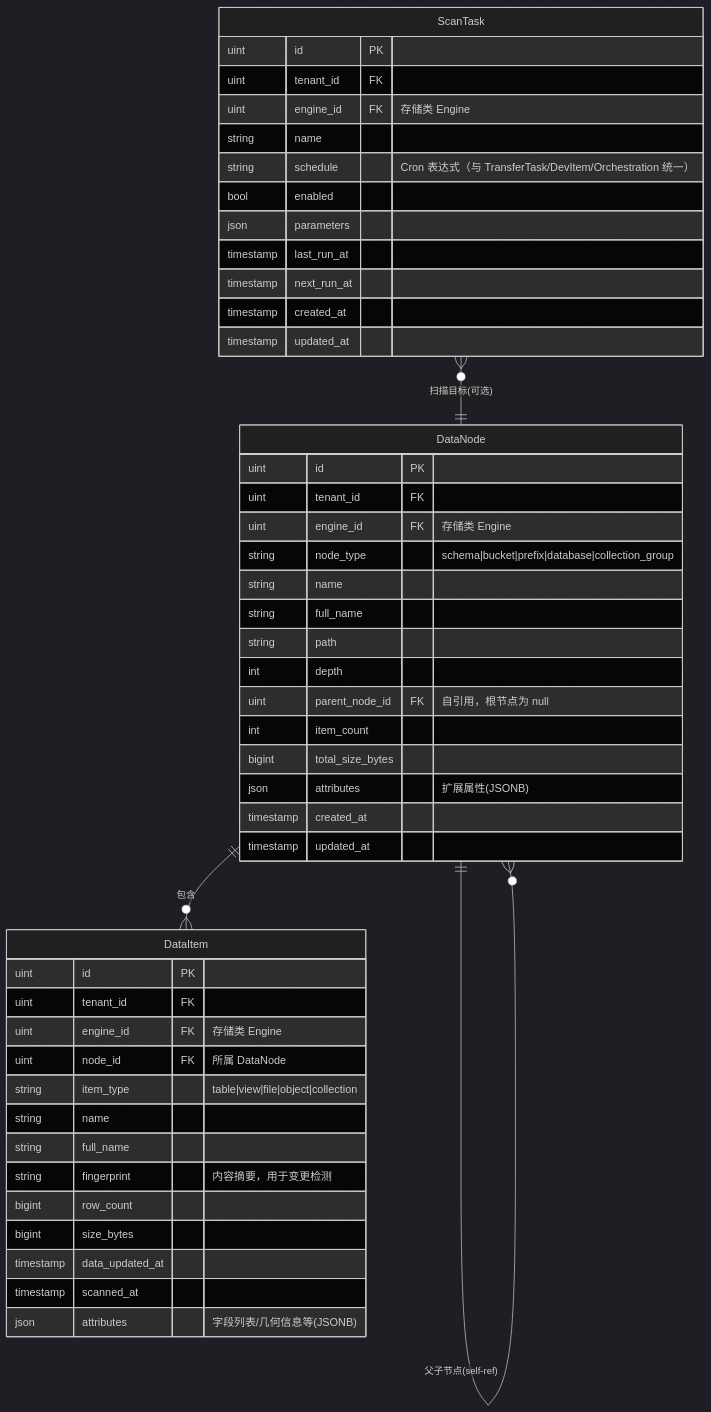
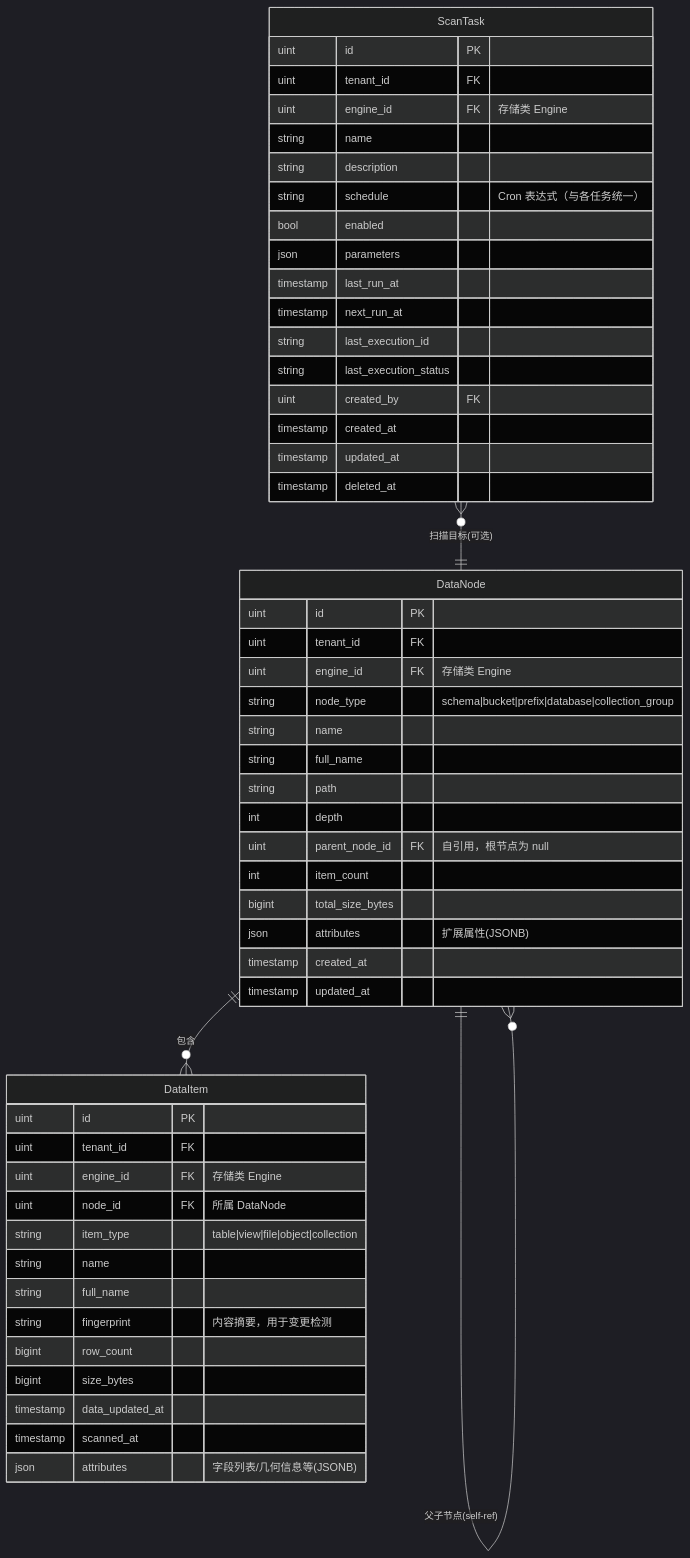
One commit to pampa0629/addp changed the fifth of 9 diagrams in docs/concepts/addp核心对象ER图（元模型）.md. Above: the diagram before and after it, drawn with Mermaid (dark theme). The commit also changed other lines of this file and 94 other files, not shown here.

````diff
--- a/docs/concepts/addp核心对象ER图（元模型）.md
+++ b/docs/concepts/addp核心对象ER图（元模型）.md
@@ -518,53 +728,58 @@
 ```mermaid
 erDiagram
     DataNode {
         uint id PK
         uint tenant_id FK
         uint engine_id FK "存储类 Engine"
         string node_type "schema|bucket|prefix|database|collection_group"
         string name
         string full_name
         string path
         int depth
         uint parent_node_id FK "自引用，根节点为 null"
         int item_count
         bigint total_size_bytes
         json attributes "扩展属性(JSONB)"
         timestamp created_at
         timestamp updated_at
     }
 
     DataItem {
         uint id PK
         uint tenant_id FK
         uint engine_id FK "存储类 Engine"
         uint node_id FK "所属 DataNode"
         string item_type "table|view|file|object|collection"
         string name
         string full_name
         string fingerprint "内容摘要，用于变更检测"
         bigint row_count
         bigint size_bytes
         timestamp data_updated_at
         timestamp scanned_at
         json attributes "字段列表/几何信息等(JSONB)"
     }
 
     ScanTask {
         uint id PK
         uint tenant_id FK
         uint engine_id FK "存储类 Engine"
         string name
-        string schedule "Cron 表达式（与 TransferTask/DevItem/Orchestration 统一）"
+        string description
+        string schedule "Cron 表达式（与各任务统一）"
         bool enabled
         json parameters
         timestamp last_run_at
         timestamp next_run_at
+        string last_execution_id
+        string last_execution_status
+        uint created_by FK
         timestamp created_at
         timestamp updated_at
+        timestamp deleted_at
     }
 
     DataNode ||--o{ DataNode : "父子节点(self-ref)"
     DataNode ||--o{ DataItem : "包含"
     ScanTask }o--|| DataNode : "扫描目标(可选)"
 ```
````
